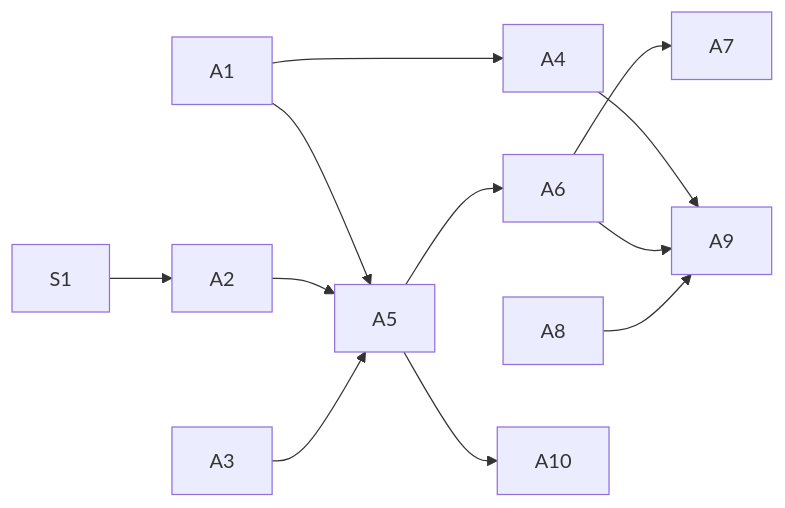
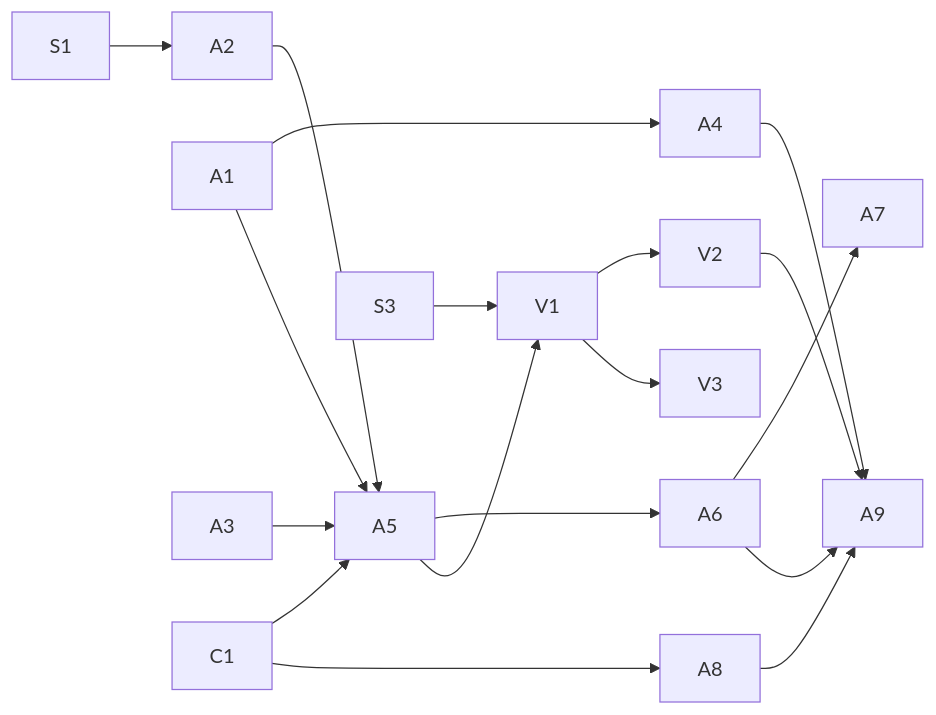
The diagram in tasks/agent-control.md (Cklaus1/mimouse), drawn with Mermaid before and after one commit. The commit also changed other lines of this file, not shown here.

````diff
--- a/tasks/agent-control.md
+++ b/tasks/agent-control.md
@@ -93,13 +111,19 @@
 ```mermaid
 graph LR
+  S1 --> A2
   A1 --> A4
   A1 --> A5
   A2 --> A5
   A3 --> A5
-  A4 --> A9
+  C1 --> A5
   A5 --> A6 --> A7
+  C1 --> A8
+  A5 --> V1
+  S3 --> V1
+  V1 --> V2
   A6 --> A9
   A8 --> A9
-  A5 --> A10
-  S1 --> A2
+  V2 --> A9
+  A4 --> A9
+  V1 --> V3
 ```
````
